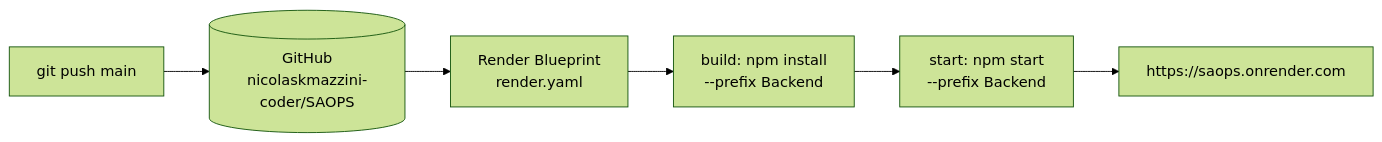
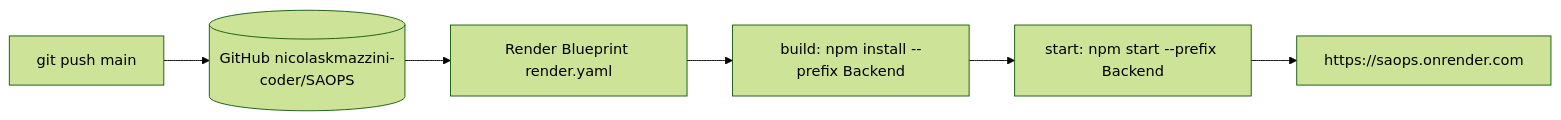
The eighth of 9 diagrams in DIAGRAMAS.md (mateusACM/SAOPS), drawn with Mermaid (forest theme) before and after one commit.

Commit message:
Corrige fluxograma de deploy no DIAGRAMAS.md (labels com aspas)

````diff
--- a/DIAGRAMAS.md
+++ b/DIAGRAMAS.md
@@ -211,8 +211,8 @@
 ```mermaid
 flowchart LR
-    DEV[git push main] --> GH[(GitHub<br/>nicolaskmazzini-coder/SAOPS)]
-    GH --> R[Render Blueprint<br/>render.yaml]
-    R --> B[build: npm install<br/>--prefix Backend]
-    B --> S[start: npm start<br/>--prefix Backend]
-    S --> P[https://saops.onrender.com]
+    DEV["git push main"] --> GH[("GitHub nicolaskmazzini-coder/SAOPS")]
+    GH --> R["Render Blueprint render.yaml"]
+    R --> B["build: npm install --prefix Backend"]
+    B --> S["start: npm start --prefix Backend"]
+    S --> P["https://saops.onrender.com"]
 ```
````
